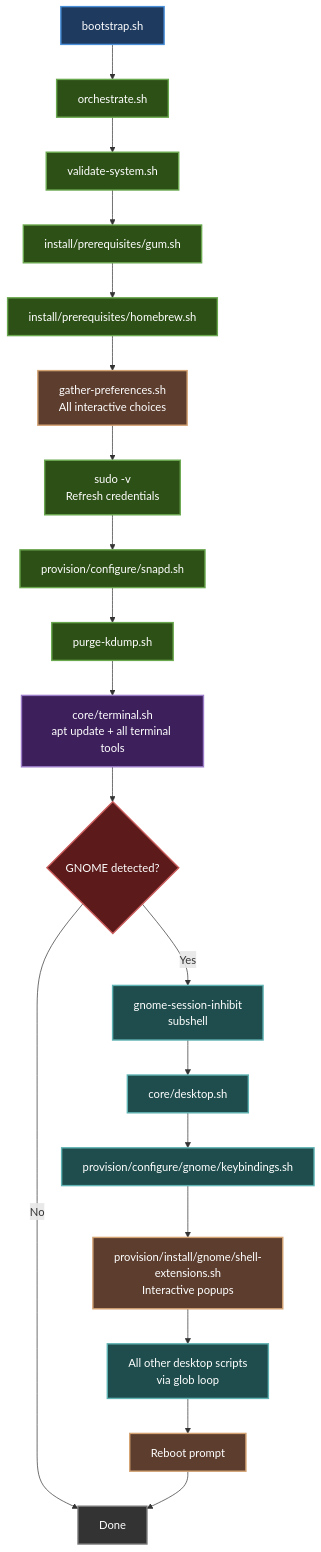
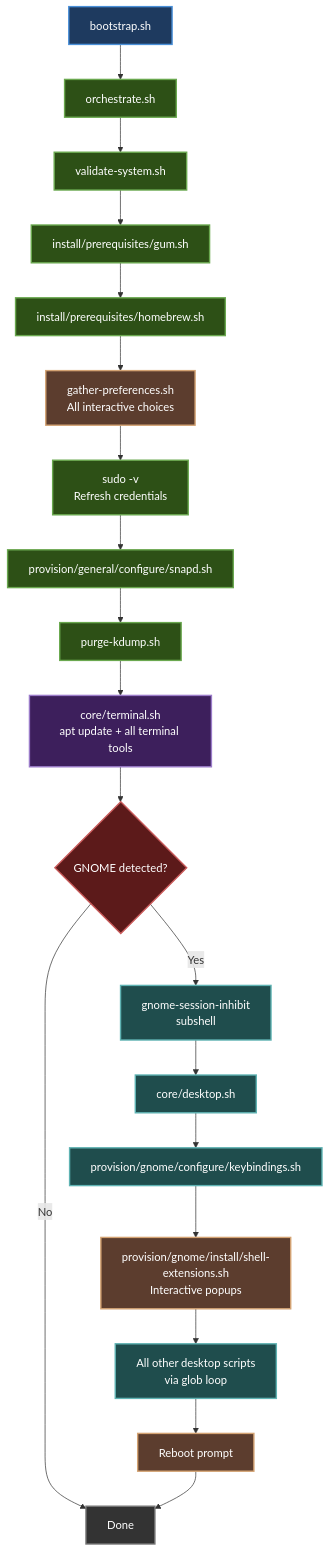
One commit to itsnin/justbuntu changed the first of 2 diagrams in CONTRIBUTING.md. Above: the diagram before and after it, drawn with Mermaid. The commit also changed other lines of this file and 105 other files, not shown here.

````diff
--- a/CONTRIBUTING.md
+++ b/CONTRIBUTING.md
@@ -73,30 +73,30 @@
 ```mermaid
 flowchart TD
     %% Color definitions — readable in both light and dark mode
     classDef entry fill:#1e3a5f,stroke:#4a90d9,stroke-width:2px,color:#ffffff
     classDef core fill:#2d5016,stroke:#6aa84f,stroke-width:2px,color:#ffffff
     classDef interactive fill:#5c3d2e,stroke:#d4a373,stroke-width:2px,color:#ffffff
     classDef terminal fill:#3d1f5c,stroke:#9b7cc9,stroke-width:2px,color:#ffffff
     classDef desktop fill:#1f4d4d,stroke:#5fb3b3,stroke-width:2px,color:#ffffff
     classDef decision fill:#5c1a1a,stroke:#c95a5a,stroke-width:2px,color:#ffffff
     classDef done fill:#333333,stroke:#777777,stroke-width:2px,color:#ffffff
 
     A[bootstrap.sh]:::entry --> B[orchestrate.sh]:::core
     B --> C[validate-system.sh]:::core
     C --> D[install/prerequisites/gum.sh]:::core
     D --> E[install/prerequisites/homebrew.sh]:::core
     E --> F[gather-preferences.sh<br/>All interactive choices]:::interactive
     F --> G[sudo -v<br/>Refresh credentials]:::core
-    G --> H[provision/configure/snapd.sh]:::core
+    G --> H[provision/general/configure/snapd.sh]:::core
     H --> I[purge-kdump.sh]:::core
     I --> J[core/terminal.sh<br/>apt update + all terminal tools]:::terminal
     J --> K{GNOME detected?}:::decision
     K -->|No| L[Done]:::done
     K -->|Yes| M[gnome-session-inhibit<br/>subshell]:::desktop
     M --> N[core/desktop.sh]:::desktop
-    N --> O[provision/configure/gnome/keybindings.sh]:::desktop
-    O --> P[provision/install/gnome/shell-extensions.sh<br/>Interactive popups]:::interactive
+    N --> O[provision/gnome/configure/keybindings.sh]:::desktop
+    O --> P[provision/gnome/install/shell-extensions.sh<br/>Interactive popups]:::interactive
     P --> Q[All other desktop scripts<br/>via glob loop]:::desktop
     Q --> R[Reboot prompt]:::interactive
     R --> L
 ```
````
